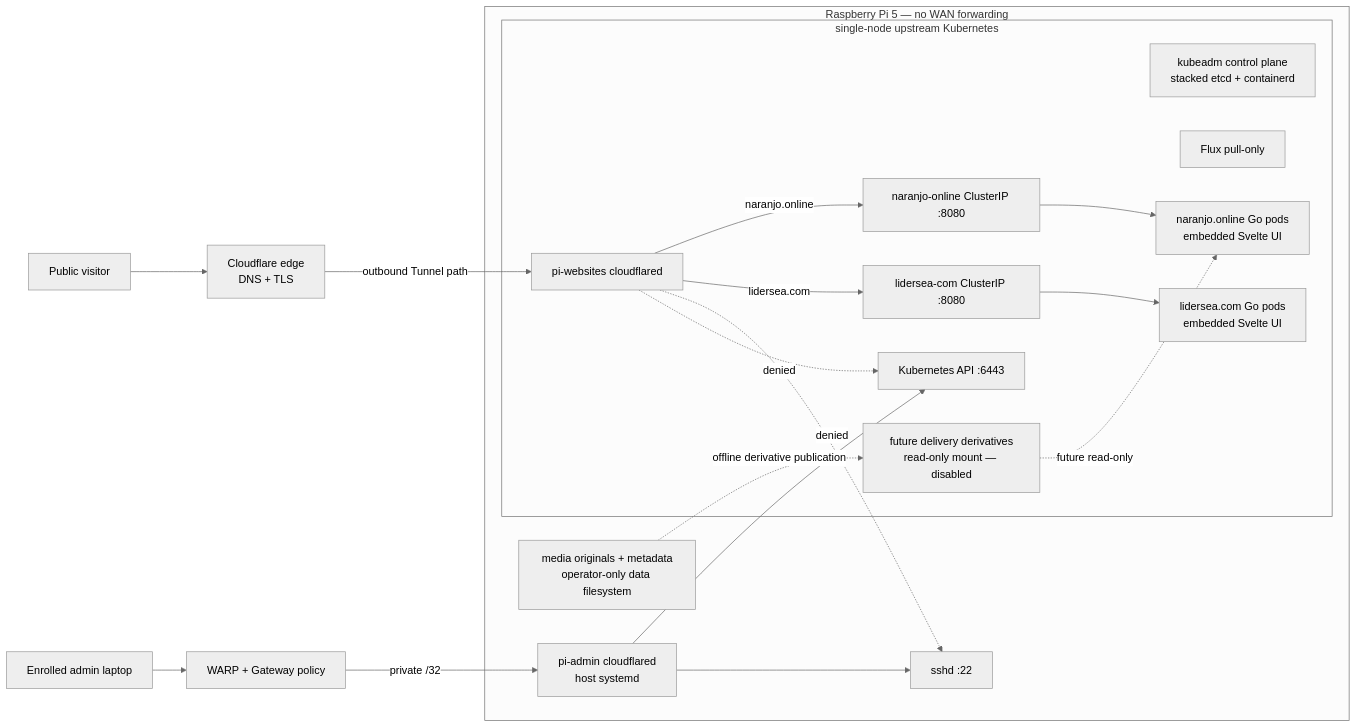
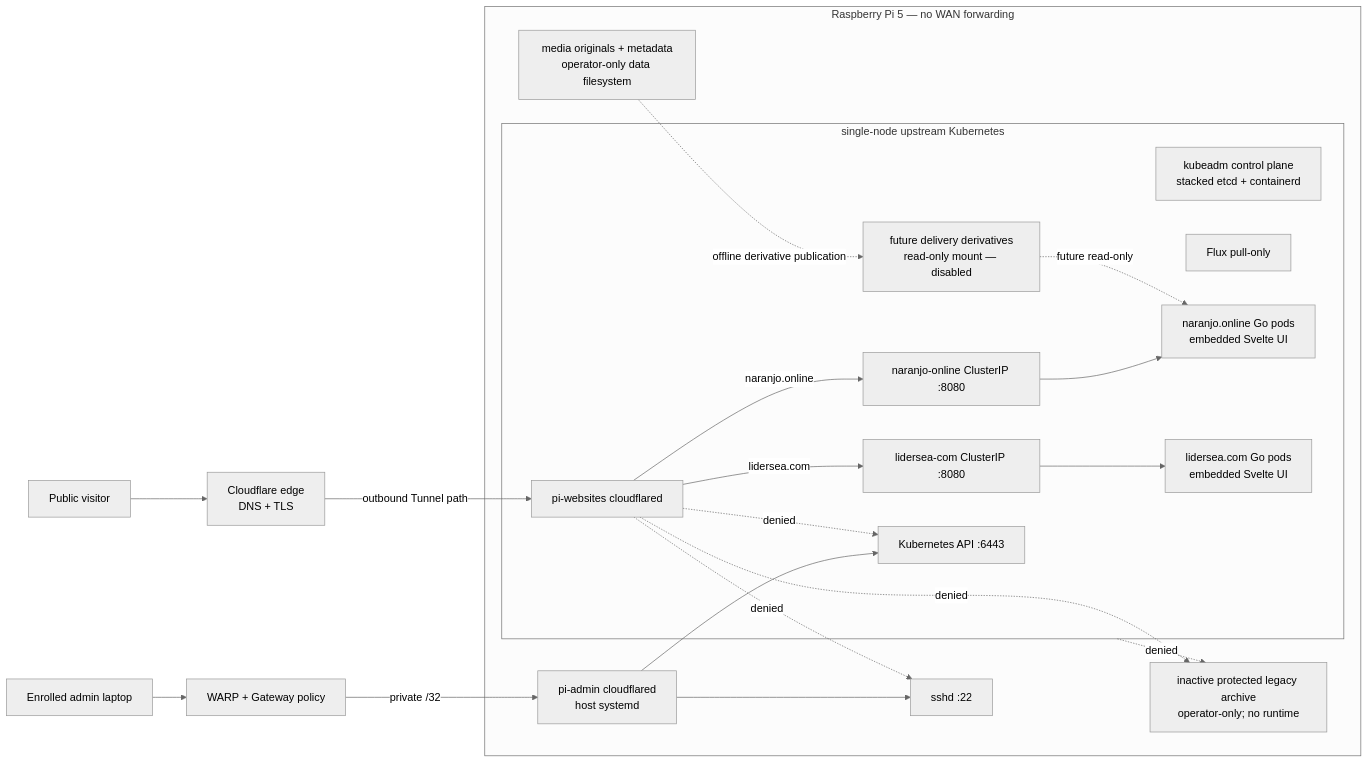
One commit to snaraj/website-infrastructure changed the diagram in docs/architecture/overview.md. Above: the diagram before and after it, drawn with Mermaid (neutral theme). The commit also changed other lines of this file and 89 other files, not shown here.

````diff
--- a/docs/architecture/overview.md
+++ b/docs/architecture/overview.md
@@ -3,33 +7,36 @@
 ```mermaid
 flowchart LR
   Visitor["Public visitor"] --> Edge["Cloudflare edge\nDNS + TLS"]
   Admin["Enrolled admin laptop"] --> WARP["WARP + Gateway policy"]
 
   subgraph Pi["Raspberry Pi 5 — no WAN forwarding"]
     AdminTunnel["pi-admin cloudflared\nhost systemd"]
     SSH["sshd :22"]
     subgraph Kubernetes["single-node upstream Kubernetes"]
       API["Kubernetes API :6443"]
       ControlPlane["kubeadm control plane\nstacked etcd + containerd"]
       Flux["Flux pull-only"]
       PublicTunnel["pi-websites cloudflared"]
       NaranjoService["naranjo-online ClusterIP :8080"]
       LiderseaService["lidersea-com ClusterIP :8080"]
       NaranjoPods["naranjo.online Go pods\nembedded Svelte UI"]
       LiderseaPods["lidersea.com Go pods\nembedded Svelte UI"]
       Delivery["future delivery derivatives\nread-only mount — disabled"]
     end
     Originals["media originals + metadata\noperator-only data filesystem"]
+    LegacyArchive["inactive protected legacy archive\noperator-only; no runtime"]
   end
 
   Edge -->|"outbound Tunnel path"| PublicTunnel
   PublicTunnel -->|"naranjo.online"| NaranjoService --> NaranjoPods
   PublicTunnel -->|"lidersea.com"| LiderseaService --> LiderseaPods
   Delivery -. "future read-only" .-> NaranjoPods
   Originals -. "offline derivative publication" .-> Delivery
   WARP -->|"private /32"| AdminTunnel
   AdminTunnel --> SSH
   AdminTunnel --> API
   PublicTunnel -. "denied" .-> SSH
   PublicTunnel -. "denied" .-> API
+  PublicTunnel -. "denied" .-> LegacyArchive
+  Kubernetes -. "denied" .-> LegacyArchive
 ```
````
